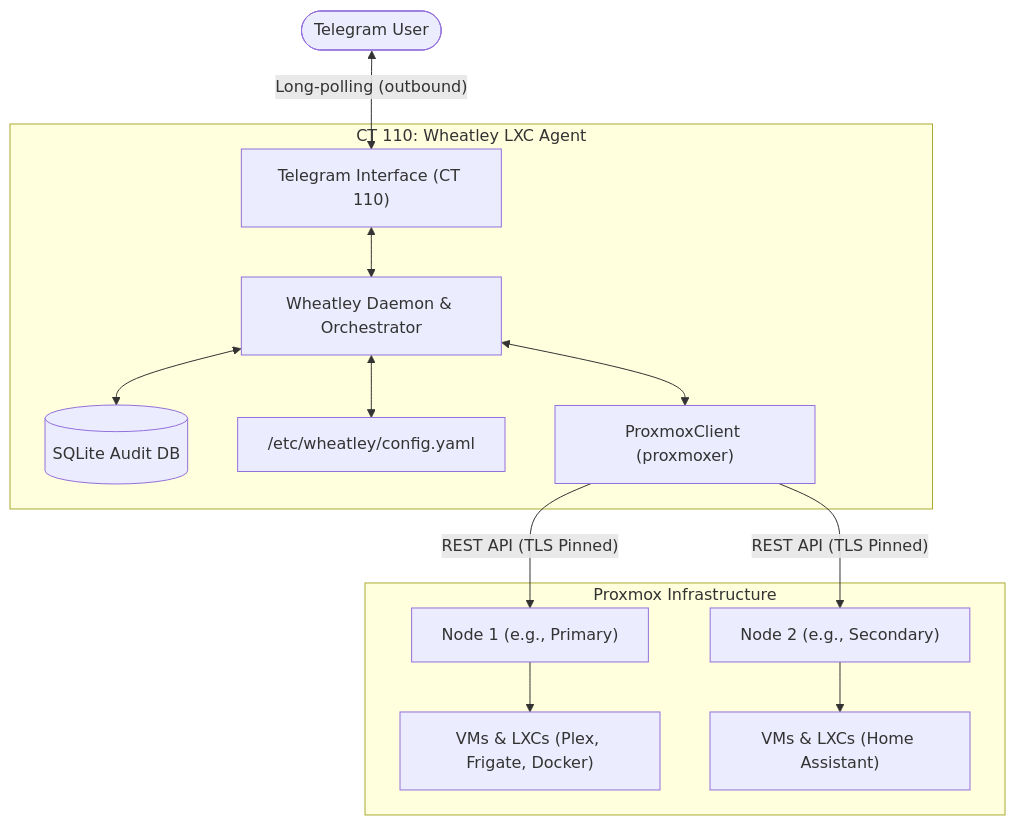
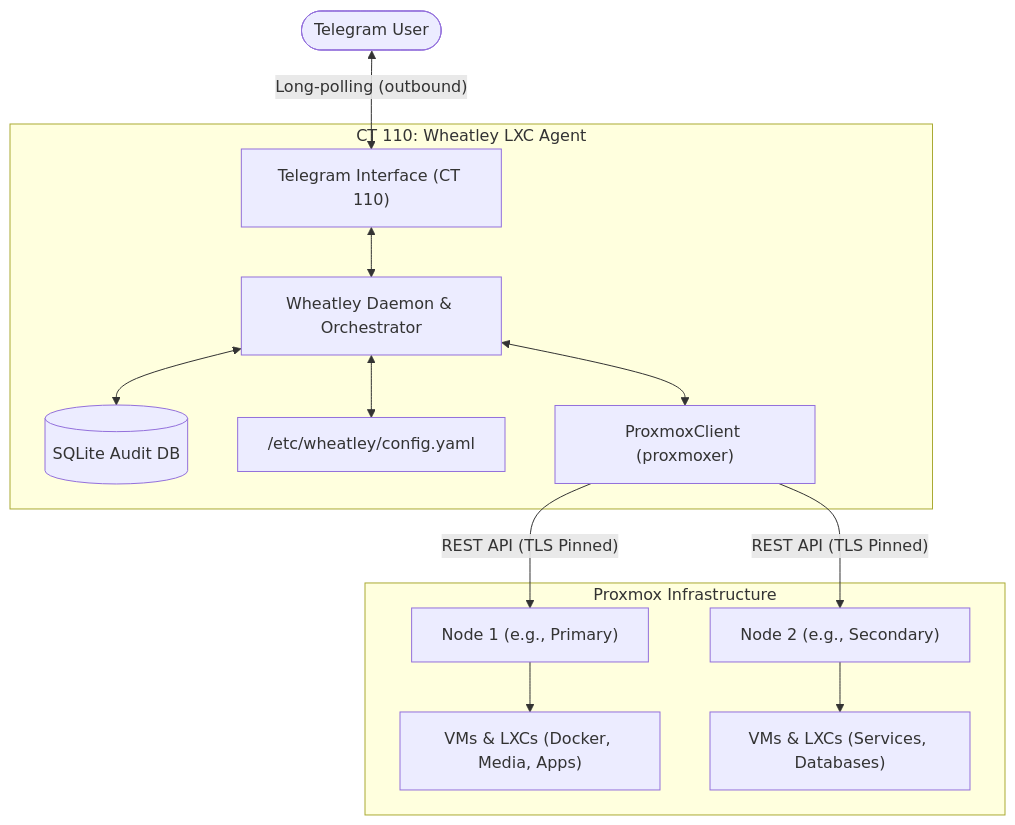
Before and after one commit to loosliashton/wheatley: the diagram in README.md, drawn with Mermaid. The commit also changed other lines of this file and 47 other files, not shown here.

````diff
--- a/README.md
+++ b/README.md
@@ -34,18 +34,18 @@
 ```mermaid
 flowchart TD
     User([Telegram User]) <-->|"Long-polling (outbound)"| Bot["Telegram Interface (CT 110)"]
     
     subgraph LXC ["CT 110: Wheatley LXC Agent"]
         Bot <--> Daemon["Wheatley Daemon & Orchestrator"]
         Daemon <--> Audit[("SQLite Audit DB")]
         Daemon <--> Config["/etc/wheatley/config.yaml"]
         Daemon <--> Client["ProxmoxClient (proxmoxer)"]
     end
 
     subgraph PVE ["Proxmox Infrastructure"]
         Client -->|"REST API (TLS Pinned)"| Node1["Node 1 (e.g., Primary)"]
         Client -->|"REST API (TLS Pinned)"| Node2["Node 2 (e.g., Secondary)"]
-        Node1 --> Guests1["VMs & LXCs (Plex, Frigate, Docker)"]
-        Node2 --> Guests2["VMs & LXCs (Home Assistant)"]
+        Node1 --> Guests1["VMs & LXCs (Docker, Media, Apps)"]
+        Node2 --> Guests2["VMs & LXCs (Services, Databases)"]
     end
 ```
````
